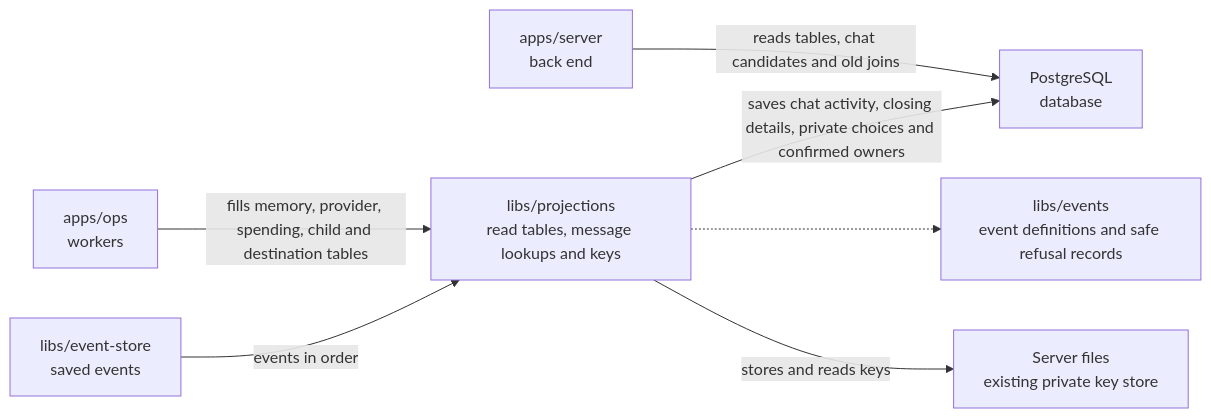
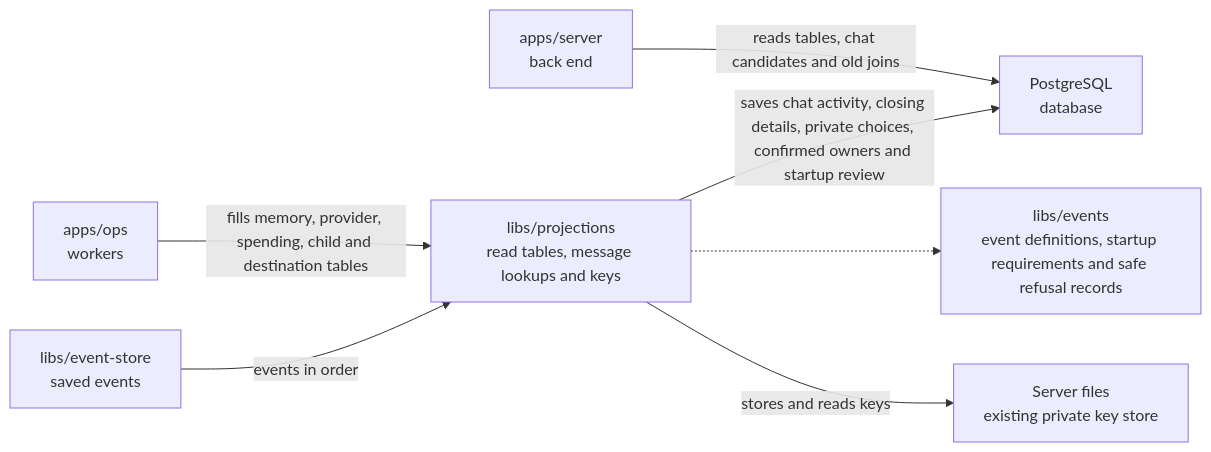
The diagram in libs/projections/README.md (elewa-git/opencrane-new), drawn with Mermaid before and after one commit. The commit also changed other lines of this file and 23 other files, not shown here.

````diff
--- a/libs/projections/README.md
+++ b/libs/projections/README.md
@@ -23,9 +23,9 @@
 ```mermaid
 flowchart LR
   ops["apps/ops<br/>workers"] -->|fills memory, provider, spending, child and destination tables| projections["libs/projections<br/>read tables, message lookups and keys"]
   server["apps/server<br/>back end"] -->|reads tables, chat candidates and old joins| pg["PostgreSQL<br/>database"]
-  projections -->|saves chat activity, closing details, private choices and confirmed owners| pg
+  projections -->|saves chat activity, closing details, private choices, confirmed owners and startup review| pg
   store["libs/event-store<br/>saved events"] -->|events in order| projections
-  projections -.-> events["libs/events<br/>event definitions and safe refusal records"]
+  projections -.-> events["libs/events<br/>event definitions, startup requirements and safe refusal records"]
   projections -->|stores and reads keys| keys["Server files<br/>existing private key store"]
 ```
````
